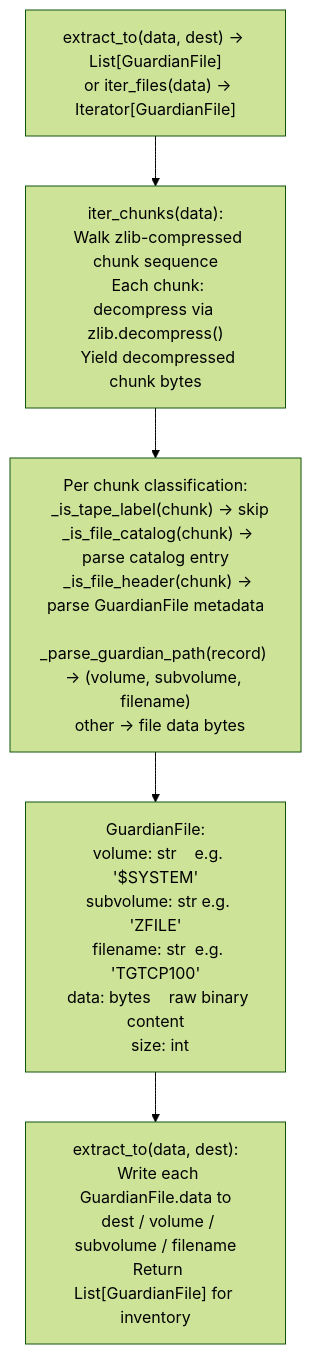
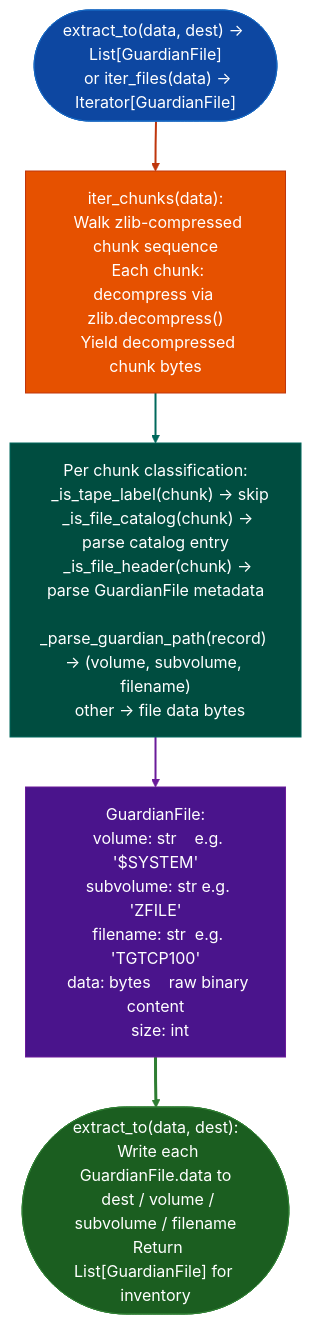
One commit to Ablation-Tool/ablation changed the diagram in docs/reference-modules/tandem-guardian-pak.md. Above: the diagram before and after it, drawn with Mermaid (forest theme). The commit also changed 320 other files, not shown here.

First line of the commit message:
docs: apply canonical Mermaid template to all 321 diagrams

````diff
--- a/docs/reference-modules/tandem-guardian-pak.md
+++ b/docs/reference-modules/tandem-guardian-pak.md
@@ -19,7 +19,17 @@
 ```mermaid
 flowchart TD
-    A["extract_to(data, dest) → List[GuardianFile]\n  or iter_files(data) → Iterator[GuardianFile]"] --> B["iter_chunks(data):\n  Walk zlib-compressed chunk sequence\n  Each chunk: decompress via zlib.decompress()\n  Yield decompressed chunk bytes"]
-    B --> C["Per chunk classification:\n  _is_tape_label(chunk) → skip\n  _is_file_catalog(chunk) → parse catalog entry\n  _is_file_header(chunk) → parse GuardianFile metadata\n    _parse_guardian_path(record) → (volume, subvolume, filename)\n  other → file data bytes"]
-    C --> D["GuardianFile:\n  volume: str    e.g. '$SYSTEM'\n  subvolume: str e.g. 'ZFILE'\n  filename: str  e.g. 'TGTCP100'\n  data: bytes    raw binary content\n  size: int"]
-    D --> E["extract_to(data, dest):\n  Write each GuardianFile.data to\n  dest / volume / subvolume / filename\n  Return List[GuardianFile] for inventory"]
+    A(["extract_to(data, dest) → List[GuardianFile]\n  or iter_files(data) → Iterator[GuardianFile]"]):::input --> B["iter_chunks(data):\n  Walk zlib-compressed chunk sequence\n  Each chunk: decompress via zlib.decompress()\n  Yield decompressed chunk bytes"]:::primary
+    B:::primary --> C["Per chunk classification:\n  _is_tape_label(chunk) → skip\n  _is_file_catalog(chunk) → parse catalog entry\n  _is_file_header(chunk) → parse GuardianFile metadata\n    _parse_guardian_path(record) → (volume, subvolume, filename)\n  other → file data bytes"]:::secondary
+    C:::secondary --> D["GuardianFile:\n  volume: str    e.g. '$SYSTEM'\n  subvolume: str e.g. 'ZFILE'\n  filename: str  e.g. 'TGTCP100'\n  data: bytes    raw binary content\n  size: int"]:::tertiary
+    D:::tertiary --> E(["extract_to(data, dest):\n  Write each GuardianFile.data to\n  dest / volume / subvolume / filename\n  Return List[GuardianFile] for inventory"]):::output
+    classDef input     fill:#0d47a1,stroke:#1565c0,color:#fff
+    classDef primary   fill:#e65100,stroke:#bf360c,color:#fff
+    classDef secondary fill:#004d40,stroke:#00695c,color:#fff
+    classDef tertiary  fill:#4a148c,stroke:#6a1b9a,color:#fff
+    classDef neutral   fill:#37474f,stroke:#546e7a,color:#fff
+    classDef output    fill:#1b5e20,stroke:#2e7d32,color:#fff
+    linkStyle 0 stroke:#bf360c,stroke-width:2px
+    linkStyle 1 stroke:#00695c,stroke-width:2px
+    linkStyle 2 stroke:#6a1b9a,stroke-width:2px
+    linkStyle 3 stroke:#2e7d32,stroke-width:3px
 ```
````
